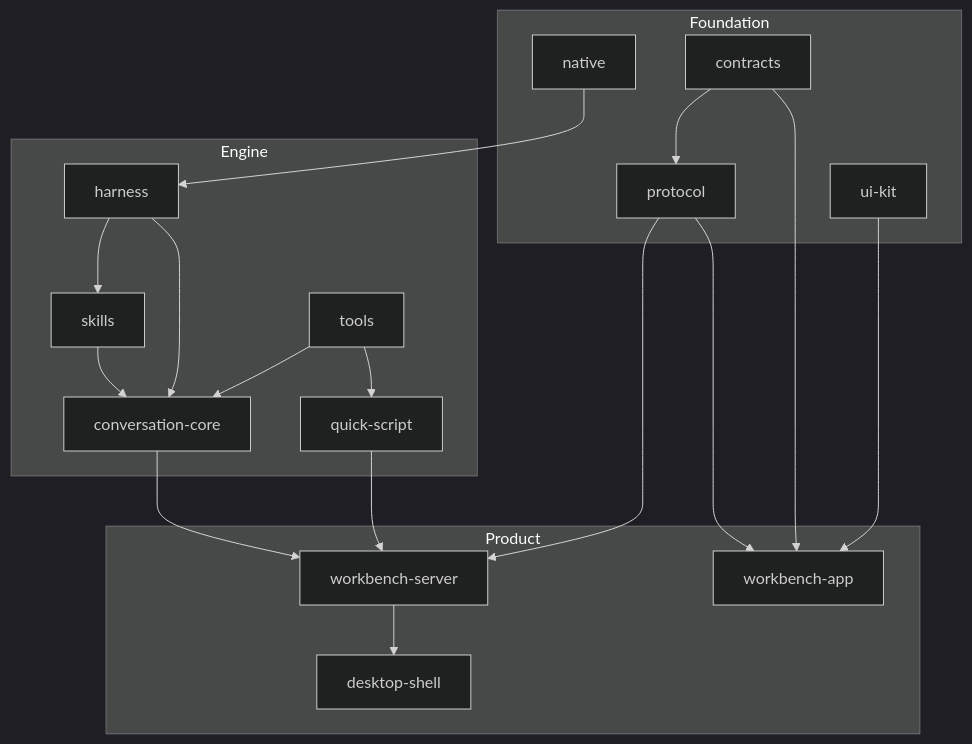
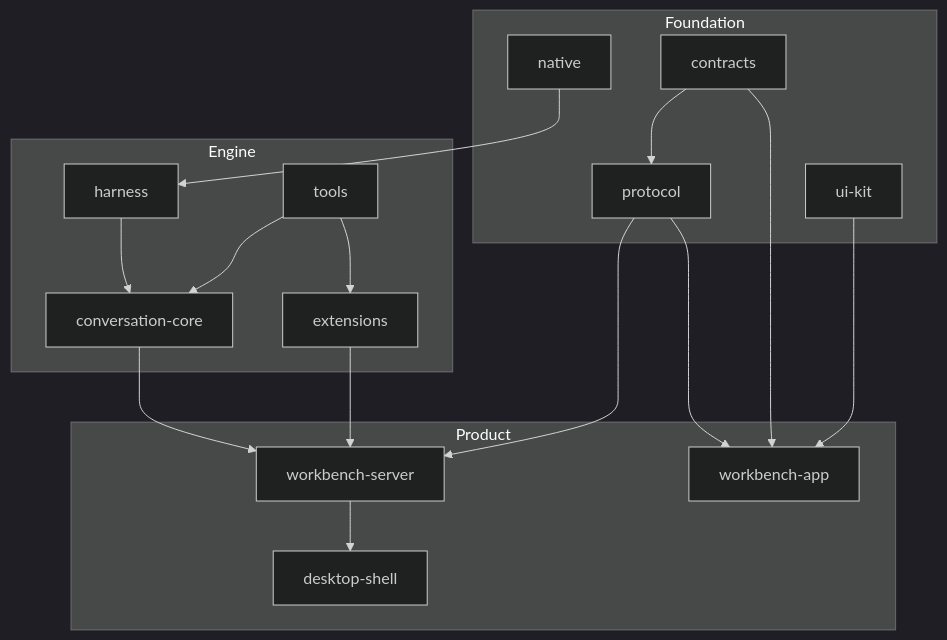
The diagram in docs/architecture/codebase.md (ThilinaTLM/nerve), drawn with Mermaid (dark theme) before and after one commit. The commit also changed other lines of this file and 286 other files, not shown here.

First line of the commit message:
refactor(packages): merge quick-script into tools and skills into the server; move built-in extensions to @nervekit/extensions

````diff
--- a/docs/architecture/codebase.md
+++ b/docs/architecture/codebase.md
@@ -5,28 +5,26 @@
 ```mermaid
 flowchart TB
   subgraph Foundation
     contracts
     protocol
     native
     ui-kit
   end
   subgraph Engine
-    harness --> skills
-    skills --> conversation-core
-    tools --> quick-script
     harness --> conversation-core
+    tools --> extensions
     tools --> conversation-core
   end
   subgraph Product
     workbench-server --> desktop-shell
     workbench-app
   end
   contracts --> protocol
   native --> harness
   conversation-core --> workbench-server
-  quick-script --> workbench-server
+  extensions --> workbench-server
   protocol --> workbench-server
   protocol --> workbench-app
   contracts --> workbench-app
   ui-kit --> workbench-app
 ```
````
